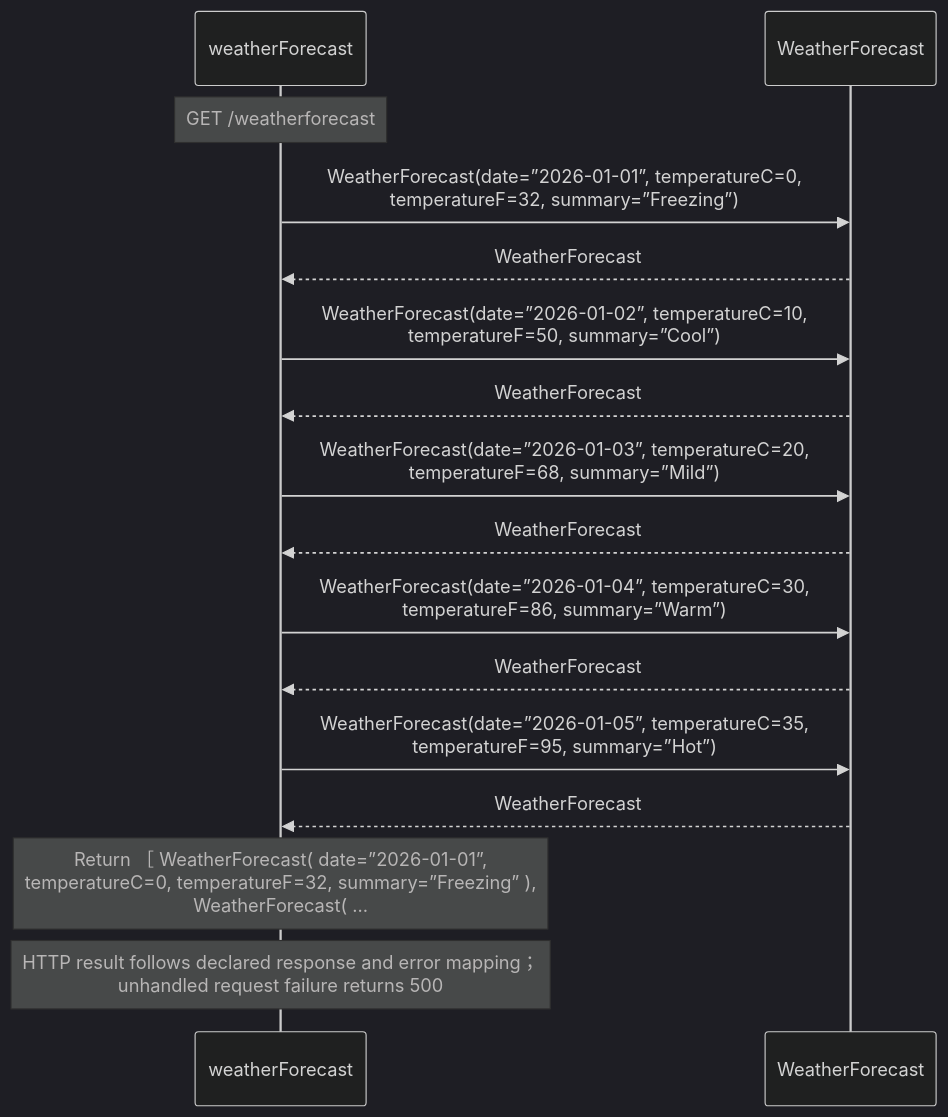
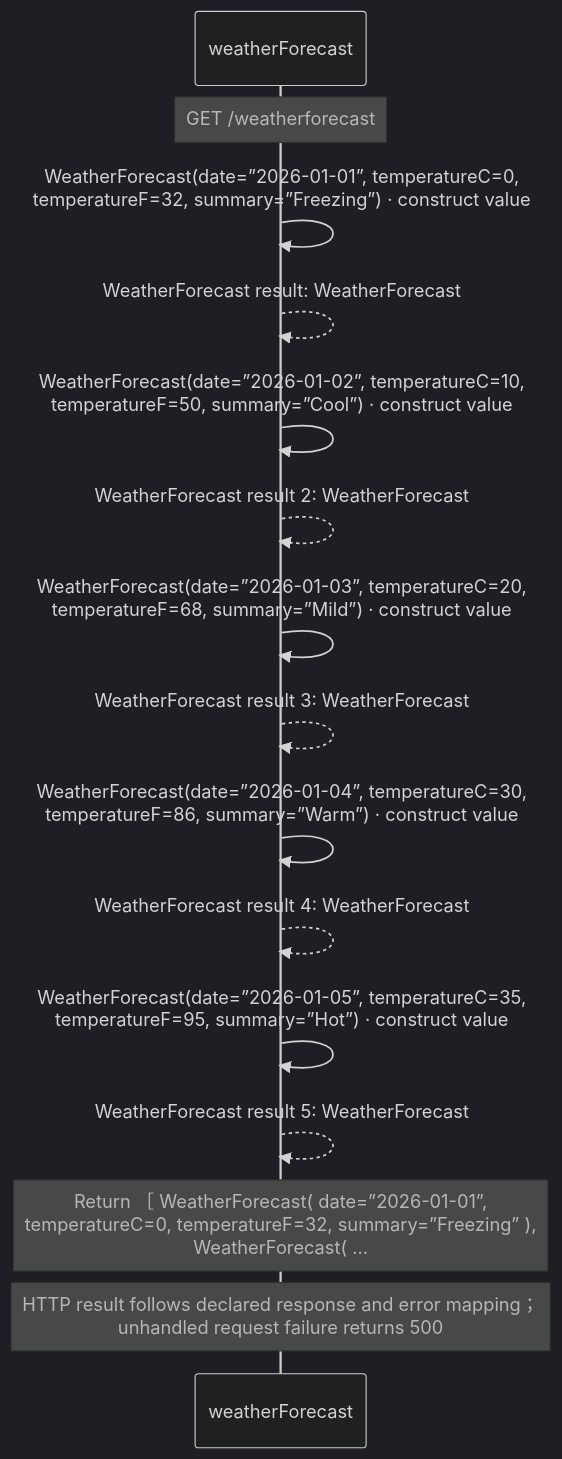
The diagram in docs/examples/weather-api/forecasts-diagrams.md (GreenPandaStudios/augscript), drawn with Mermaid (dark theme) before and after one commit. The commit also changed other lines of this file and 304 other files, not shown here.

Commit message:
Make generated data-flow sequences concise and review every diagram

````diff
--- a/docs/examples/weather-api/forecasts-diagrams.md
+++ b/docs/examples/weather-api/forecasts-diagrams.md
@@ -47,18 +36,18 @@
 ```mermaid
 sequenceDiagram
     participant p0 as weatherForecast
-    participant p1 as WeatherForecast
+
     Note over p0: GET /weatherforecast
-    p0->>p1: WeatherForecast(date=”2026-01-01”, temperatureC=0,<br/>temperatureF=32, summary=”Freezing”)
-    p1-->>p0: WeatherForecast
-    p0->>p1: WeatherForecast(date=”2026-01-02”, temperatureC=10,<br/>temperatureF=50, summary=”Cool”)
-    p1-->>p0: WeatherForecast
-    p0->>p1: WeatherForecast(date=”2026-01-03”, temperatureC=20,<br/>temperatureF=68, summary=”Mild”)
-    p1-->>p0: WeatherForecast
-    p0->>p1: WeatherForecast(date=”2026-01-04”, temperatureC=30,<br/>temperatureF=86, summary=”Warm”)
-    p1-->>p0: WeatherForecast
-    p0->>p1: WeatherForecast(date=”2026-01-05”, temperatureC=35,<br/>temperatureF=95, summary=”Hot”)
-    p1-->>p0: WeatherForecast
+    p0->>p0: WeatherForecast(date=”2026-01-01”, temperatureC=0,<br/>temperatureF=32, summary=”Freezing”) · construct value
+    p0-->>p0: WeatherForecast result: WeatherForecast
+    p0->>p0: WeatherForecast(date=”2026-01-02”, temperatureC=10,<br/>temperatureF=50, summary=”Cool”) · construct value
+    p0-->>p0: WeatherForecast result 2: WeatherForecast
+    p0->>p0: WeatherForecast(date=”2026-01-03”, temperatureC=20,<br/>temperatureF=68, summary=”Mild”) · construct value
+    p0-->>p0: WeatherForecast result 3: WeatherForecast
+    p0->>p0: WeatherForecast(date=”2026-01-04”, temperatureC=30,<br/>temperatureF=86, summary=”Warm”) · construct value
+    p0-->>p0: WeatherForecast result 4: WeatherForecast
+    p0->>p0: WeatherForecast(date=”2026-01-05”, temperatureC=35,<br/>temperatureF=95, summary=”Hot”) · construct value
+    p0-->>p0: WeatherForecast result 5: WeatherForecast
     Note over p0: Return ［ WeatherForecast( date=”2026-01-01”,<br/>temperatureC=0, temperatureF=32, summary=”Freezing” ),<br/>WeatherForecast( …
     Note over p0: HTTP result follows declared response and error mapping；<br/>unhandled request failure returns 500
 ```
````
